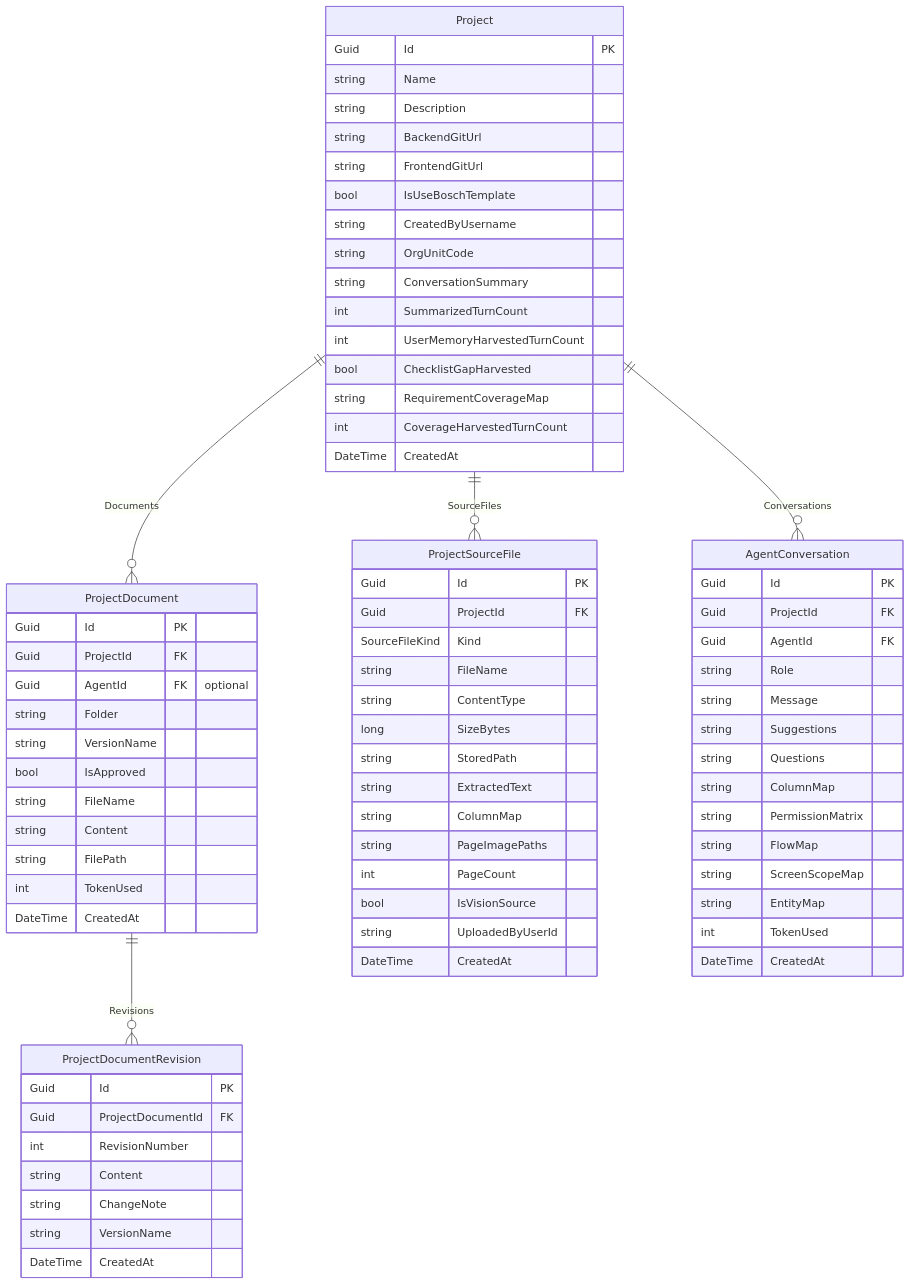
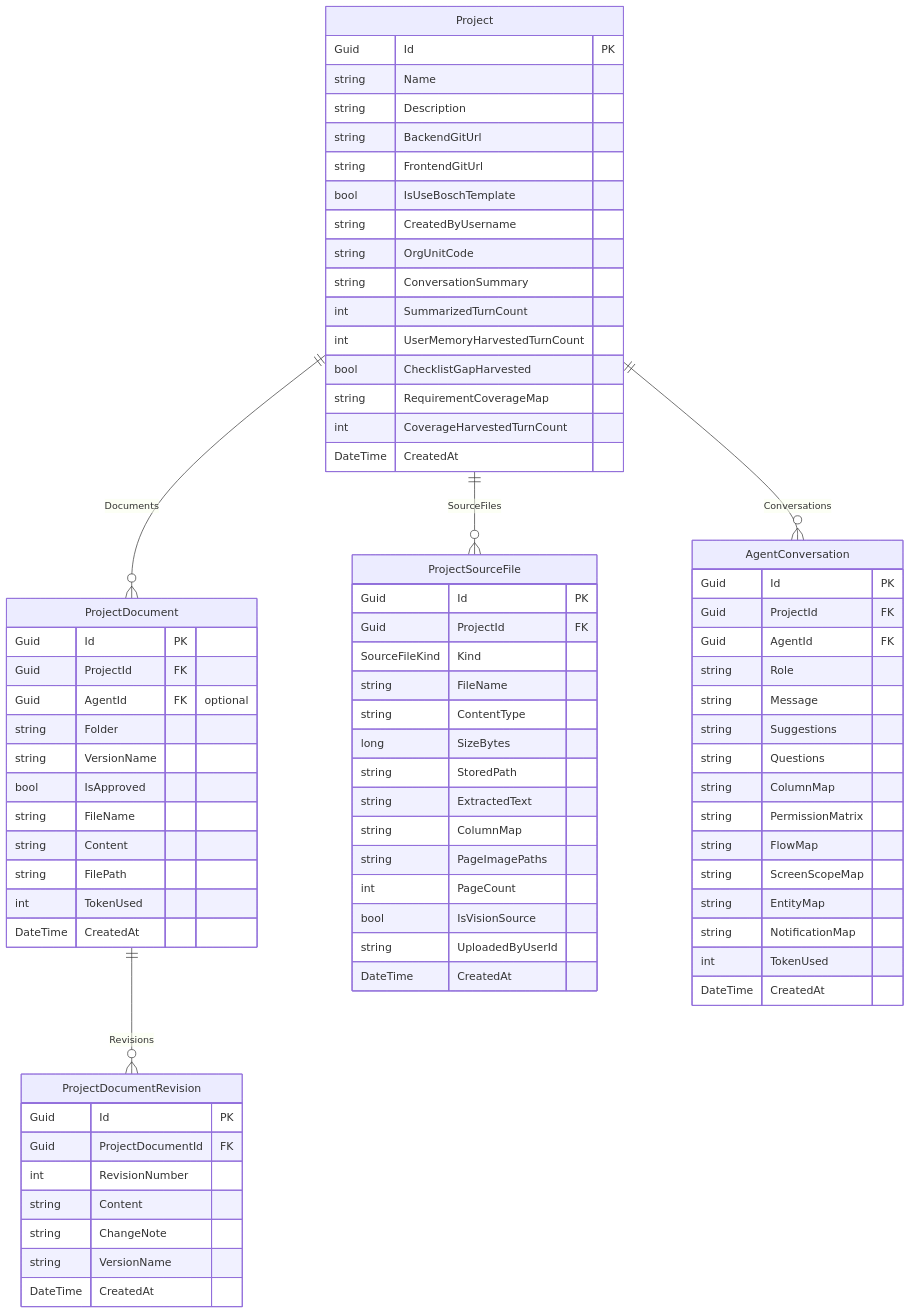
Before and after one commit to Songlong0506/ICOGenerator-v4: the second of 9 diagrams in docs/data-model.md, drawn with Mermaid. The commit also changed other lines of this file and 34 other files, not shown here.

```diff
--- a/docs/data-model.md
+++ b/docs/data-model.md
@@ -166,6 +166,7 @@
         string FlowMap
         string ScreenScopeMap
         string EntityMap
+        string NotificationMap
         int TokenUsed
         DateTime CreatedAt
     }
```
